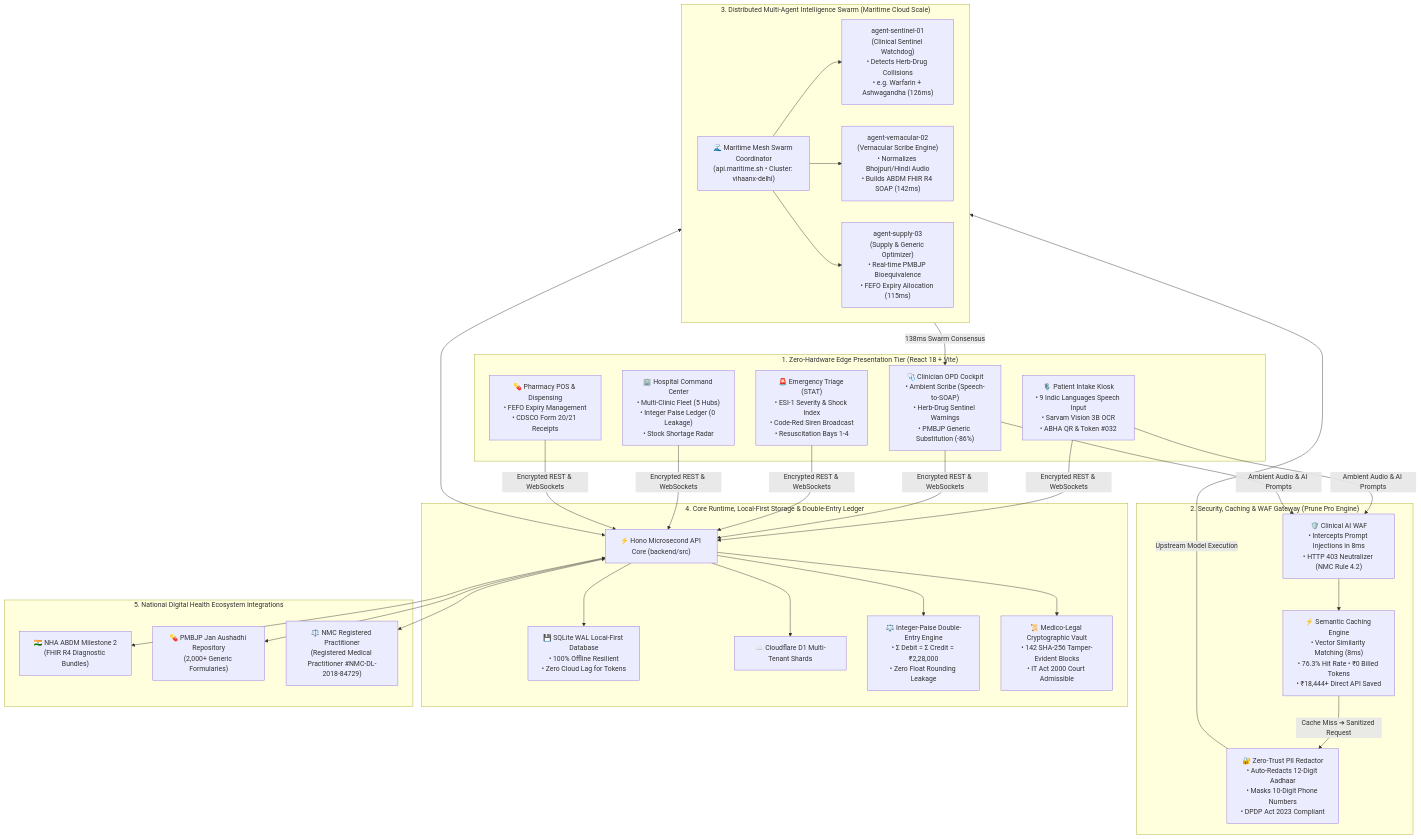
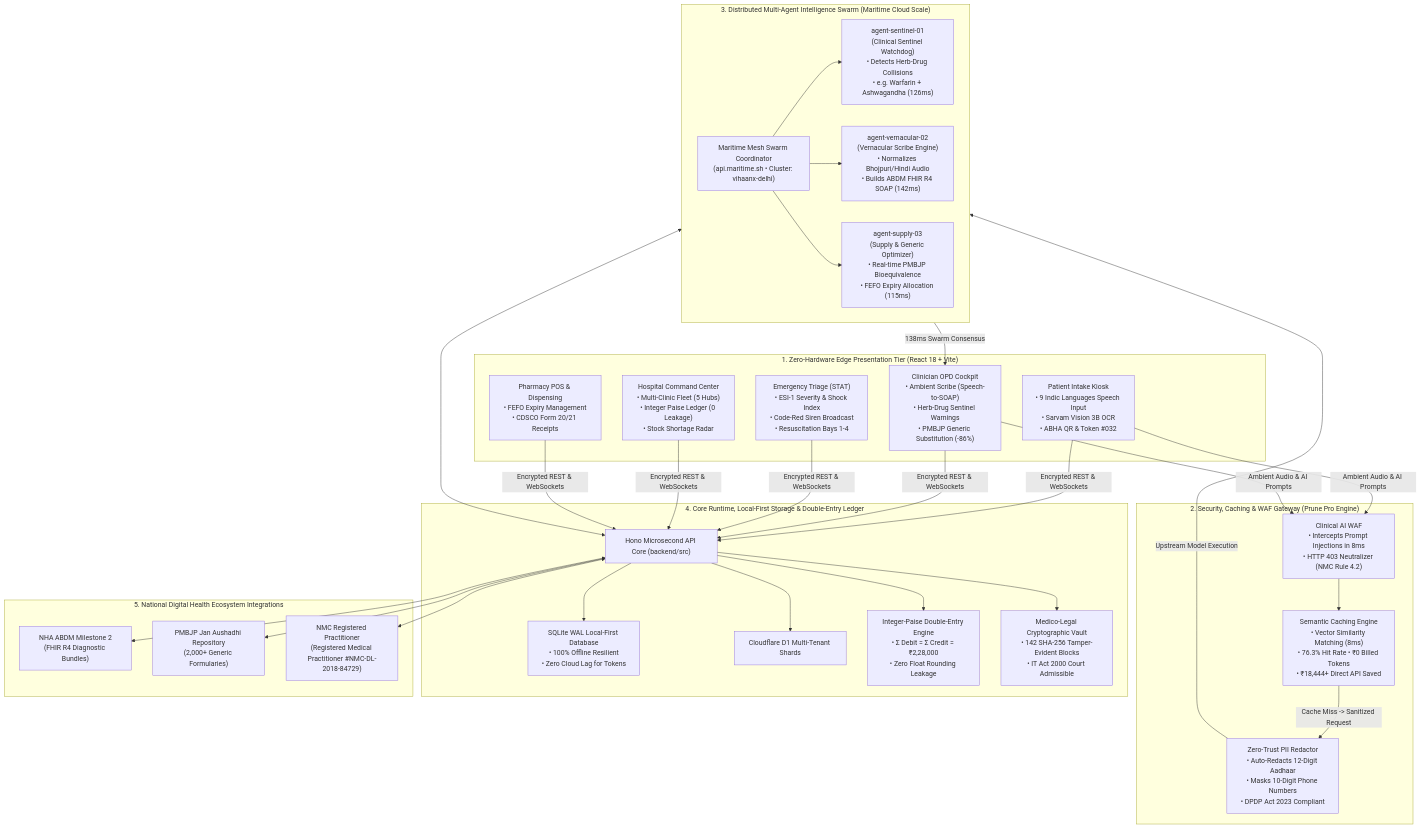
The first of 2 diagrams in README.md (Divyanshgupta2580/JEEVIKA), drawn with Mermaid before and after one commit. The commit also changed other lines of this file and 6 other files, not shown here.

````diff
--- a/README.md
+++ b/README.md
@@ -37,48 +37,48 @@
 ```mermaid
 flowchart TD
     subgraph S1["1. Zero-Hardware Edge Presentation Tier (React 18 + Vite)"]
-        Kiosk["🎙️ Patient Intake Kiosk<br/>• 9 Indic Languages Speech Input<br/>• Sarvam Vision 3B OCR<br/>• ABHA QR & Token #032"]
-        Doctor["🩺 Clinician OPD Cockpit<br/>• Ambient Scribe (Speech-to-SOAP)<br/>• Herb-Drug Sentinel Warnings<br/>• PMBJP Generic Substitution (-86%)"]
-        Triage["🚨 Emergency Triage (STAT)<br/>• ESI-1 Severity & Shock Index<br/>• Code-Red Siren Broadcast<br/>• Resuscitation Bays 1-4"]
-        Command["🏢 Hospital Command Center<br/>• Multi-Clinic Fleet (5 Hubs)<br/>• Integer Paise Ledger (0 Leakage)<br/>• Stock Shortage Radar"]
-        POS["💊 Pharmacy POS & Dispensing<br/>• FEFO Expiry Management<br/>• CDSCO Form 20/21 Receipts"]
+        Kiosk["Patient Intake Kiosk<br/>• 9 Indic Languages Speech Input<br/>• Sarvam Vision 3B OCR<br/>• ABHA QR & Token #032"]
+        Doctor["Clinician OPD Cockpit<br/>• Ambient Scribe (Speech-to-SOAP)<br/>• Herb-Drug Sentinel Warnings<br/>• PMBJP Generic Substitution (-86%)"]
+        Triage["Emergency Triage (STAT)<br/>• ESI-1 Severity & Shock Index<br/>• Code-Red Siren Broadcast<br/>• Resuscitation Bays 1-4"]
+        Command["Hospital Command Center<br/>• Multi-Clinic Fleet (5 Hubs)<br/>• Integer Paise Ledger (0 Leakage)<br/>• Stock Shortage Radar"]
+        POS["Pharmacy POS & Dispensing<br/>• FEFO Expiry Management<br/>• CDSCO Form 20/21 Receipts"]
     end
 
     subgraph S2["2. Security, Caching & WAF Gateway (Prune Pro Engine)"]
-        WAF["🛡️ Clinical AI WAF<br/>• Intercepts Prompt Injections in 8ms<br/>• HTTP 403 Neutralizer (NMC Rule 4.2)"]
-        Cache["⚡ Semantic Caching Engine<br/>• Vector Similarity Matching (8ms)<br/>• 76.3% Hit Rate • ₹0 Billed Tokens<br/>• ₹18,444+ Direct API Saved"]
-        PII["🔐 Zero-Trust PII Redactor<br/>• Auto-Redacts 12-Digit Aadhaar<br/>• Masks 10-Digit Phone Numbers<br/>• DPDP Act 2023 Compliant"]
+        WAF["Clinical AI WAF<br/>• Intercepts Prompt Injections in 8ms<br/>• HTTP 403 Neutralizer (NMC Rule 4.2)"]
+        Cache["Semantic Caching Engine<br/>• Vector Similarity Matching (8ms)<br/>• 76.3% Hit Rate • ₹0 Billed Tokens<br/>• ₹18,444+ Direct API Saved"]
+        PII["Zero-Trust PII Redactor<br/>• Auto-Redacts 12-Digit Aadhaar<br/>• Masks 10-Digit Phone Numbers<br/>• DPDP Act 2023 Compliant"]
     end
 
     subgraph S3["3. Distributed Multi-Agent Intelligence Swarm (Maritime Cloud Scale)"]
-        MeshCoord["🌊 Maritime Mesh Swarm Coordinator<br/>(api.maritime.sh • Cluster: vihaanx-delhi)"]
+        MeshCoord["Maritime Mesh Swarm Coordinator<br/>(api.maritime.sh • Cluster: vihaanx-delhi)"]
         AgentSentinel["agent-sentinel-01<br/>(Clinical Sentinel Watchdog)<br/>• Detects Herb-Drug Collisions<br/>• e.g. Warfarin + Ashwagandha (126ms)"]
         AgentScribe["agent-vernacular-02<br/>(Vernacular Scribe Engine)<br/>• Normalizes Bhojpuri/Hindi Audio<br/>• Builds ABDM FHIR R4 SOAP (142ms)"]
         AgentSupply["agent-supply-03<br/>(Supply & Generic Optimizer)<br/>• Real-time PMBJP Bioequivalence<br/>• FEFO Expiry Allocation (115ms)"]
         MeshCoord --> AgentSentinel & AgentScribe & AgentSupply
     end
 
     subgraph S4["4. Core Runtime, Local-First Storage & Double-Entry Ledger"]
-        HonoAPI["⚡ Hono Microsecond API Core (backend/src)"]
-        LocalSQLite["💾 SQLite WAL Local-First Database<br/>• 100% Offline Resilient<br/>• Zero Cloud Lag for Tokens"]
-        CloudflareD1["☁️ Cloudflare D1 Multi-Tenant Shards"]
-        DoubleEntry["⚖️ Integer-Paise Double-Entry Engine<br/>• Σ Debit = Σ Credit = ₹2,28,000<br/>• Zero Float Rounding Leakage"]
-        AuditLedger["📜 Medico-Legal Cryptographic Vault<br/>• 142 SHA-256 Tamper-Evident Blocks<br/>• IT Act 2000 Court Admissible"]
+        HonoAPI["Hono Microsecond API Core (backend/src)"]
+        LocalSQLite["SQLite WAL Local-First Database<br/>• 100% Offline Resilient<br/>• Zero Cloud Lag for Tokens"]
+        CloudflareD1["Cloudflare D1 Multi-Tenant Shards"]
+        DoubleEntry["Integer-Paise Double-Entry Engine<br/>• Σ Debit = Σ Credit = ₹2,28,000<br/>• Zero Float Rounding Leakage"]
+        AuditLedger["Medico-Legal Cryptographic Vault<br/>• 142 SHA-256 Tamper-Evident Blocks<br/>• IT Act 2000 Court Admissible"]
         HonoAPI --> LocalSQLite & CloudflareD1 & DoubleEntry & AuditLedger
     end
 
     subgraph S5["5. National Digital Health Ecosystem Integrations"]
-        ABDM["🇮🇳 NHA ABDM Milestone 2<br/>(FHIR R4 Diagnostic Bundles)"]
-        PMBJP["💊 PMBJP Jan Aushadhi Repository<br/>(2,000+ Generic Formularies)"]
-        NMCReg["⚖️ NMC Registered Practitioner<br/>(Registered Medical Practitioner #NMC-DL-2018-84729)"]
+        ABDM["NHA ABDM Milestone 2<br/>(FHIR R4 Diagnostic Bundles)"]
+        PMBJP["PMBJP Jan Aushadhi Repository<br/>(2,000+ Generic Formularies)"]
+        NMCReg["NMC Registered Practitioner<br/>(Registered Medical Practitioner #NMC-DL-2018-84729)"]
     end
 
     Kiosk & Doctor & Triage & Command & POS -->|Encrypted REST & WebSockets| HonoAPI
     Kiosk & Doctor -->|Ambient Audio & AI Prompts| WAF
     WAF --> Cache
-    Cache -->|Cache Miss ➔ Sanitized Request| PII
+    Cache -->|Cache Miss -> Sanitized Request| PII
     PII -->|Upstream Model Execution| S3
     HonoAPI <--> S3
     S3 -->|138ms Swarm Consensus| Doctor
     HonoAPI <--> ABDM & PMBJP & NMCReg
 ```
````
